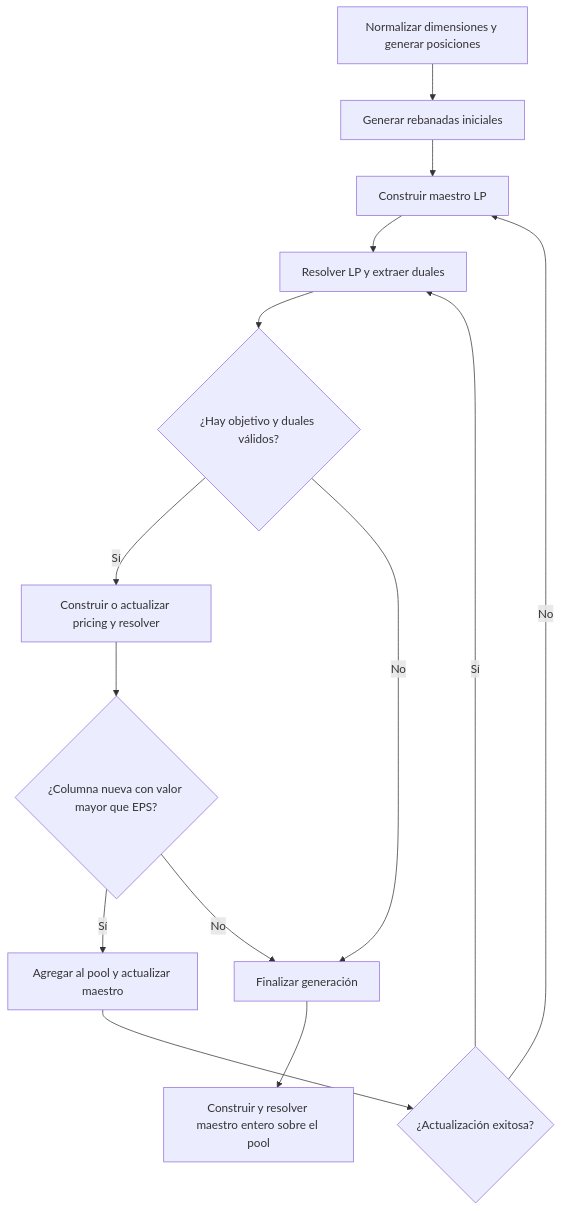
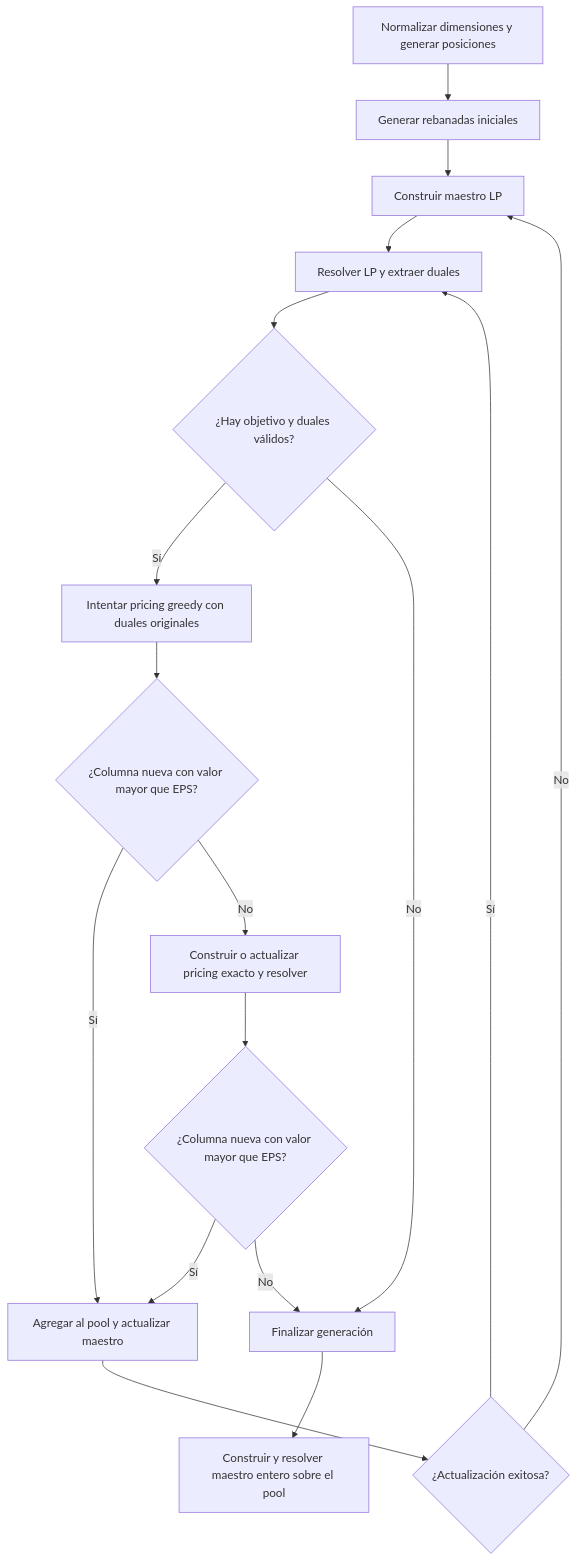
One commit to jfa320/2d-bin-packing-column-generation changed the diagram in docs/algorithm.md. Above: the diagram before and after it, drawn with Mermaid. The commit also changed other lines of this file and 12 other files, not shown here.

First line of the commit message:
feat(cg): incorporar pricing greedy y eliminar parada por estancamiento

````diff
--- a/docs/algorithm.md
+++ b/docs/algorithm.md
@@ -12,16 +12,19 @@
 ```mermaid
 flowchart TD
     A[Normalizar dimensiones y generar posiciones] --> B[Generar rebanadas iniciales]
     B --> C[Construir maestro LP]
     C --> D[Resolver LP y extraer duales]
     D --> E{¿Hay objetivo y duales válidos?}
-    E -- Sí --> F[Construir o actualizar pricing y resolver]
+    E -- Sí --> M[Intentar pricing greedy con duales originales]
+    M --> N{¿Columna nueva con valor mayor que EPS?}
+    N -- Sí --> H
+    N -- No --> F[Construir o actualizar pricing exacto y resolver]
     E -- No --> K[Finalizar generación]
     F --> G{¿Columna nueva con valor mayor que EPS?}
     G -- Sí --> H[Agregar al pool y actualizar maestro]
     H --> I{¿Actualización exitosa?}
     I -- Sí --> D
     I -- No --> C
     G -- No --> K
     K --> L[Construir y resolver maestro entero sobre el pool]
 ```
````
